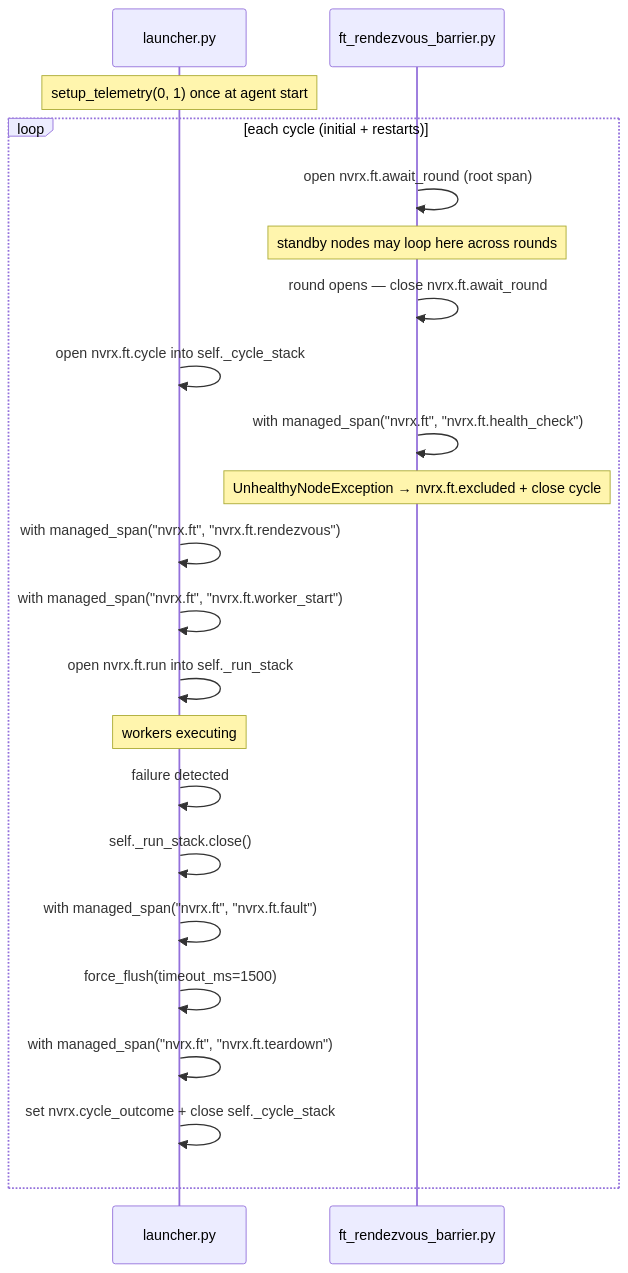
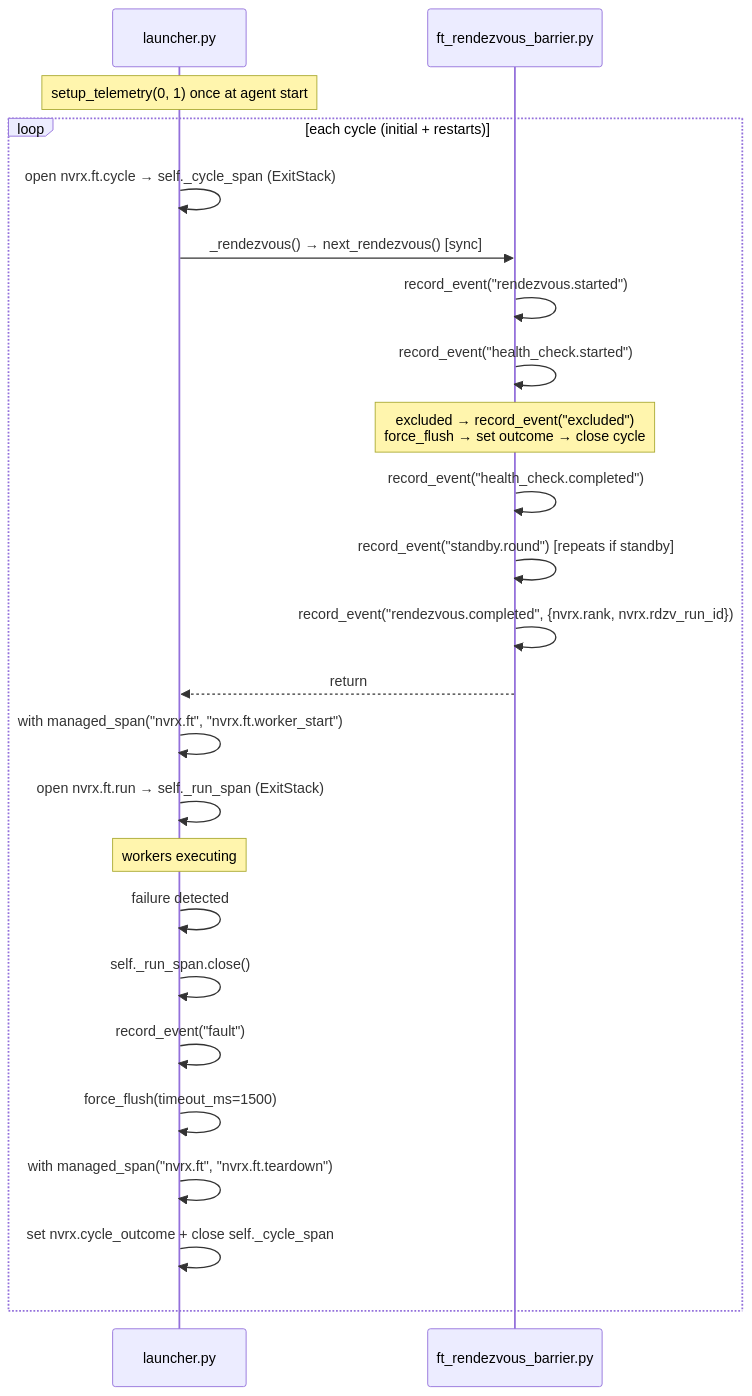
The third of 4 diagrams in docs/design/telemetry/NEMO_LENS.md (NVIDIA/nvidia-resiliency-ext), drawn with Mermaid before and after one commit. The commit also changed other lines of this file, not shown here.

First line of the commit message:
docs/design: events-on-span for rendezvous internals

````diff
--- a/docs/design/telemetry/NEMO_LENS.md
+++ b/docs/design/telemetry/NEMO_LENS.md
@@ -193,26 +200,28 @@
 ```mermaid
 sequenceDiagram
     participant L as launcher.py
     participant R as ft_rendezvous_barrier.py
 
     Note over L: setup_telemetry(0, 1) once at agent start
 
     loop each cycle (initial + restarts)
-        R->>R: open nvrx.ft.await_round (root span)
-        Note over R: standby nodes may loop here across rounds
-        R->>R: round opens — close nvrx.ft.await_round
-        L->>L: open nvrx.ft.cycle into self._cycle_stack
-        R->>R: with managed_span("nvrx.ft", "nvrx.ft.health_check")
-        Note over R: UnhealthyNodeException → nvrx.ft.excluded + close cycle
-        L->>L: with managed_span("nvrx.ft", "nvrx.ft.rendezvous")
+        L->>L: open nvrx.ft.cycle → self._cycle_span (ExitStack)
+        L->>R: _rendezvous() → next_rendezvous() [sync]
+        R->>R: record_event("rendezvous.started")
+        R->>R: record_event("health_check.started")
+        Note over R: excluded → record_event("excluded")<br/>force_flush → set outcome → close cycle
+        R->>R: record_event("health_check.completed")
+        R->>R: record_event("standby.round") [repeats if standby]
+        R->>R: record_event("rendezvous.completed", {nvrx.rank, nvrx.rdzv_run_id})
+        R-->>L: return
         L->>L: with managed_span("nvrx.ft", "nvrx.ft.worker_start")
-        L->>L: open nvrx.ft.run into self._run_stack
+        L->>L: open nvrx.ft.run → self._run_span (ExitStack)
         Note over L: workers executing
         L->>L: failure detected
-        L->>L: self._run_stack.close()
-        L->>L: with managed_span("nvrx.ft", "nvrx.ft.fault")
+        L->>L: self._run_span.close()
+        L->>L: record_event("fault")
         L->>L: force_flush(timeout_ms=1500)
         L->>L: with managed_span("nvrx.ft", "nvrx.ft.teardown")
-        L->>L: set nvrx.cycle_outcome + close self._cycle_stack
+        L->>L: set nvrx.cycle_outcome + close self._cycle_span
     end
 ```
````
